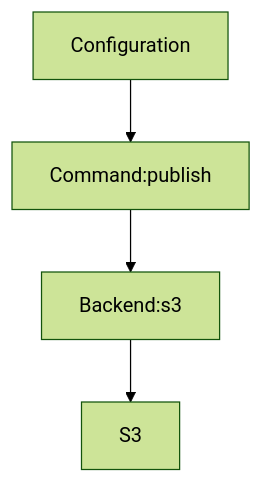
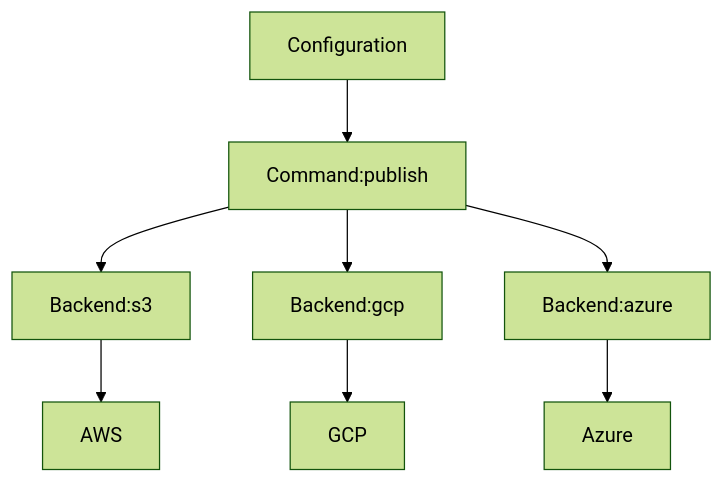
The diagram in README.md (haoliangyu/terrac), drawn with Mermaid (forest theme) before and after one commit. The commit also changed other lines of this file and 4 other files, not shown here.

````diff
--- a/README.md
+++ b/README.md
@@ -54,6 +55,10 @@
 ```mermaid
 graph TD;
     Configuration-->Command:publish;
     Command:publish-->Backend:s3;
-    Backend:s3-->S3;
+    Command:publish-->Backend:gcp;
+    Command:publish-->Backend:azure;
+    Backend:gcp-->GCP;
+    Backend:azure-->Azure;
+    Backend:s3-->AWS;
 ```
````
